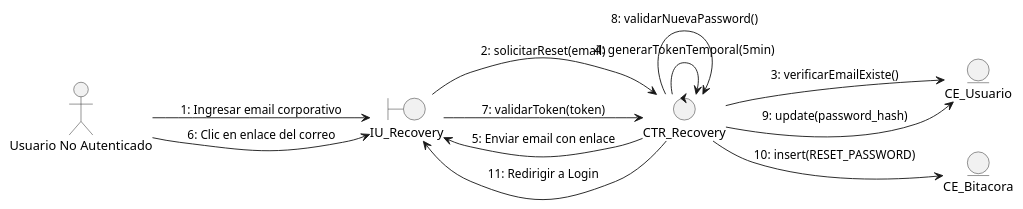
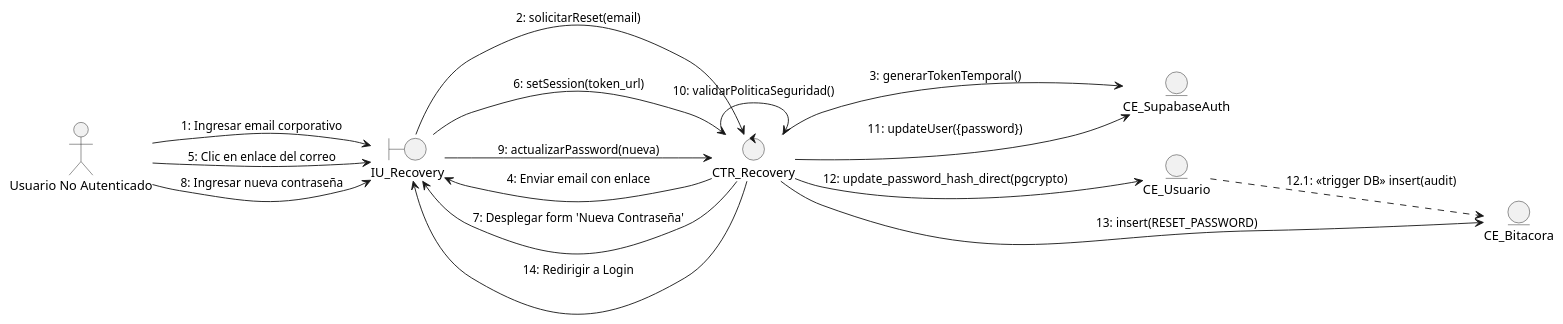
One commit to INGvainilla/grulacOFICIAL changed diagram 33 of 46 in PROYECTO-MAIN/oficial/OFICIAL.md. Above: the diagram before and after it, drawn with PlantUML. The commit also changed other lines of this file and 21 other files, not shown here.

````diff
--- a/PROYECTO-MAIN/oficial/OFICIAL.md
+++ b/PROYECTO-MAIN/oficial/OFICIAL.md
@@ -2550,22 +2652,27 @@
 ```plantuml
 @startuml DCom_CU32
 left to right direction
 skinparam backgroundColor transparent
 actor "Usuario No Autenticado" as Actor
 boundary "IU_Recovery" as IU
 control "CTR_Recovery" as CTR
+entity "CE_SupabaseAuth" as AUTH
 entity "CE_Usuario" as ENT1
 entity "CE_Bitacora" as ENT2
 Actor --> IU : 1: Ingresar email corporativo
 IU --> CTR : 2: solicitarReset(email)
-CTR --> ENT1 : 3: verificarEmailExiste()
-CTR --> CTR : 4: generarTokenTemporal(5min)
-CTR --> IU : 5: Enviar email con enlace
-Actor --> IU : 6: Clic en enlace del correo
-IU --> CTR : 7: validarToken(token)
-CTR --> CTR : 8: validarNuevaPassword()
-CTR --> ENT1 : 9: update(password_hash)
-CTR --> ENT2 : 10: insert(RESET_PASSWORD)
-CTR --> IU : 11: Redirigir a Login
+CTR --> AUTH : 3: generarTokenTemporal()
+CTR --> IU : 4: Enviar email con enlace
+Actor --> IU : 5: Clic en enlace del correo
+IU --> CTR : 6: setSession(token_url)
+CTR --> IU : 7: Desplegar form 'Nueva Contraseña'
+Actor --> IU : 8: Ingresar nueva contraseña
+IU --> CTR : 9: actualizarPassword(nueva)
+CTR --> CTR : 10: validarPoliticaSeguridad()
+CTR --> AUTH : 11: updateUser({password})
+CTR --> ENT1 : 12: update_password_hash_direct(pgcrypto)
+ENT1 ..> ENT2 : 12.1: <<trigger DB>> insert(audit)
+CTR --> ENT2 : 13: insert(RESET_PASSWORD)
+CTR --> IU : 14: Redirigir a Login
 @enduml
 ```
````
